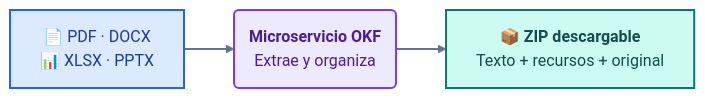
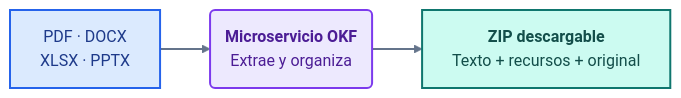
Before and after one commit to jpadillaa/rs_okf_microservice: the first of 7 diagrams in README.md, drawn with Mermaid. The commit also changed other lines of this file and 13 other files, not shown here.

First line of the commit message:
Reorganize the documentation and drop renumbered schemas

````diff
--- a/README.md
+++ b/README.md
@@ -27,14 +27,14 @@
 ```mermaid
 flowchart LR
     accTitle: De un documento a un paquete OKF
     accDescr: Un archivo PDF, DOCX, XLSX o PPTX entra al microservicio, que extrae y organiza su contenido y entrega un ZIP descargable.
-    d1_input["📄 PDF · DOCX<br/>📊 XLSX · PPTX"] --> d1_service("<b>Microservicio OKF</b><br/>Extrae y organiza")
-    d1_service --> d1_output["📦 <b>ZIP descargable</b><br/>Texto + recursos + original"]
+    d1_input["PDF · DOCX<br/>XLSX · PPTX"] --> d1_service("<b>Microservicio OKF</b><br/>Extrae y organiza")
+    d1_service --> d1_output["<b>ZIP descargable</b><br/>Texto + recursos + original"]
     classDef input fill:#DBEAFE,stroke:#2563EB,color:#1E3A8A,stroke-width:2px;
     classDef process fill:#EDE9FE,stroke:#7C3AED,color:#4C1D95,stroke-width:2px;
     classDef output fill:#CCFBF1,stroke:#0F766E,color:#134E4A,stroke-width:2px;
     class d1_input input;
     class d1_service process;
     class d1_output output;
     linkStyle default stroke:#64748B,stroke-width:2px;
 ```
````
